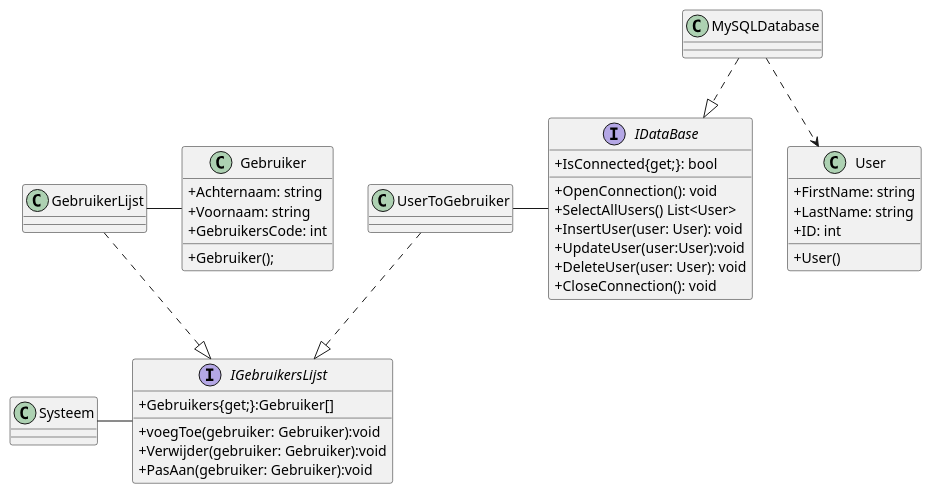
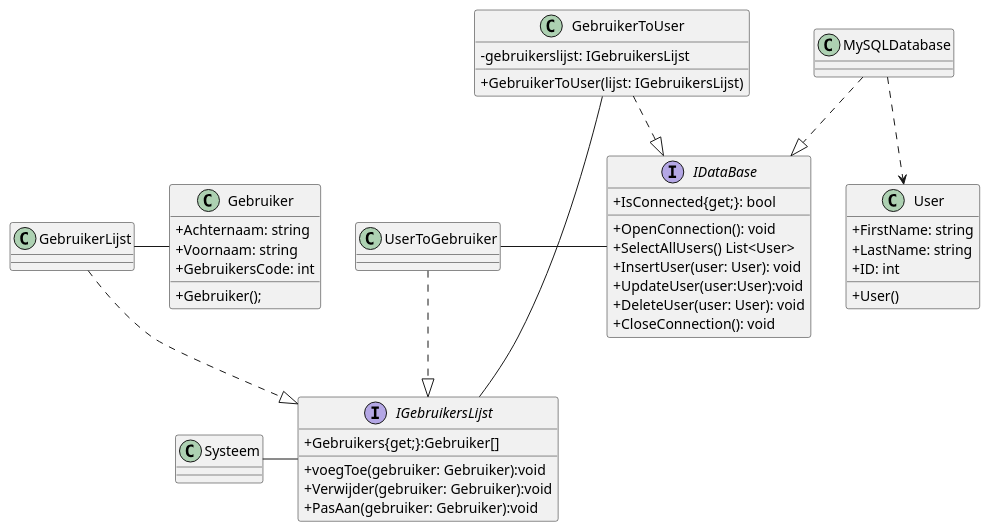
The diagram in uml/labo6/Labo6_start.puml (JarnoWillems04/ugent-softwareontwerp), drawn with PlantUML before and after one commit. The commit also changed 2 other files, not shown here.

```diff
--- a/uml/labo6/Labo6_start.puml
+++ b/uml/labo6/Labo6_start.puml
@@ -1,64 +1,68 @@
 @startuml project
 skinparam classAttributeIconSize 0
 
 Class User{
     +User()
     +FirstName: string 
     +LastName: string
     +ID: int
 }
 
 interface IDataBase{
     +OpenConnection(): void 
     +SelectAllUsers() List<User>
     +InsertUser(user: User): void
     +UpdateUser(user:User):void
     +DeleteUser(user: User): void
     +IsConnected{get;}: bool
     +CloseConnection(): void
 }
 
-
 Class Gebruiker{
     +Gebruiker();
     +Achternaam: string
     +Voornaam: string
     +GebruikersCode: int
 }
-
 
 interface IGebruikersLijst{
     +Gebruikers{get;}:Gebruiker[]
     +voegToe(gebruiker: Gebruiker):void
     +Verwijder(gebruiker: Gebruiker):void
     +PasAan(gebruiker: Gebruiker):void
 }
 
-
 Class Systeem {
-
 }
 
 Class UserToGebruiker{
+}
 
+Class GebruikerToUser{
+    -gebruikerslijst: IGebruikersLijst
+    +GebruikerToUser(lijst: IGebruikersLijst)
 }
 
 Class GebruikerLijst{}
 
 Class MySQLDatabase{}
 
 Systeem - IGebruikersLijst
 
 UserToGebruiker ..|> IGebruikersLijst
 
 GebruikerLijst ..|> IGebruikersLijst
 
 GebruikerLijst - Gebruiker
 
 UserToGebruiker - IDataBase
 
+' De nieuwe relaties voor GebruikerToUser
+GebruikerToUser ..|> IDataBase
+GebruikerToUser - IGebruikersLijst
+
 MySQLDatabase ..|> IDataBase
 
 MySQLDatabase ..> User
 
 @enduml
```
